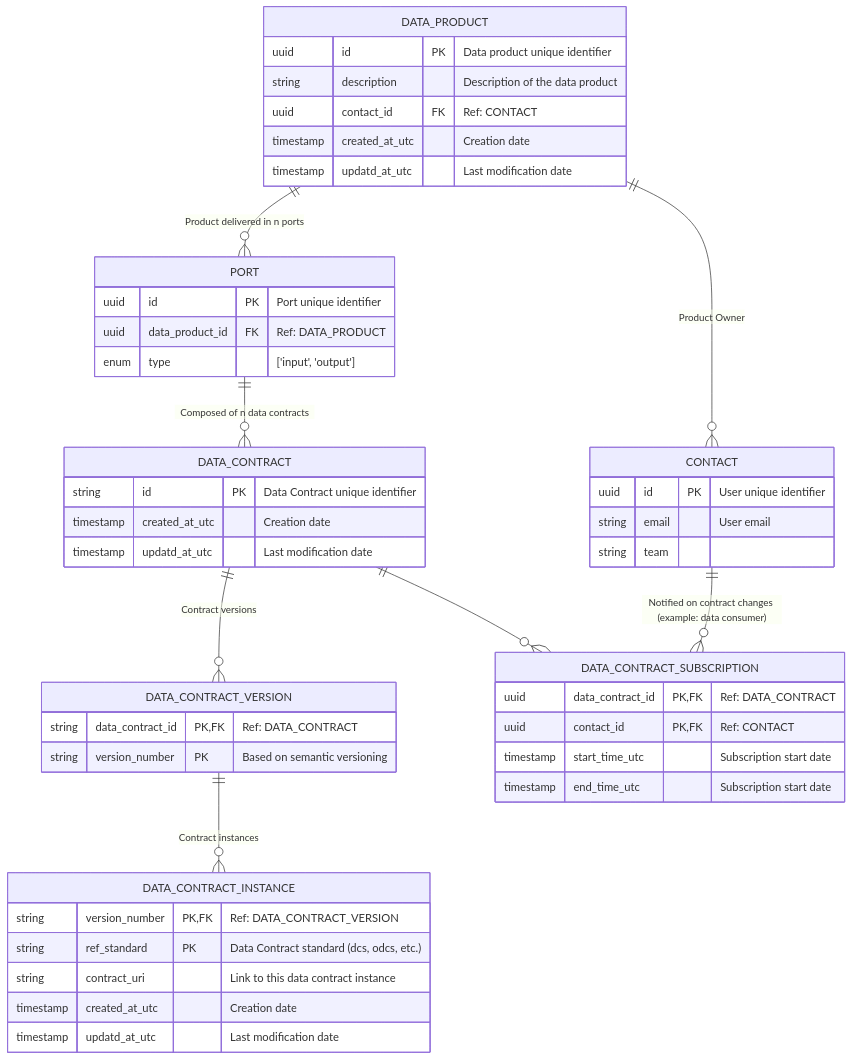
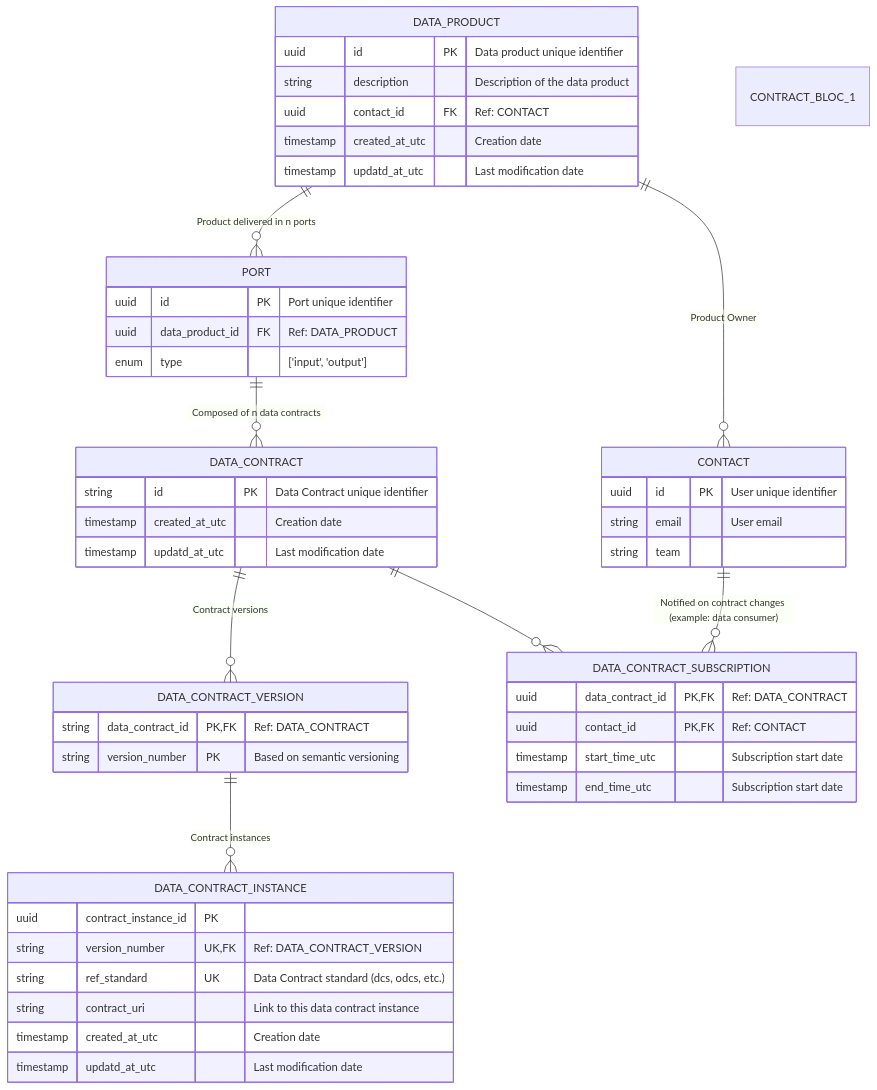
The diagram in docs/relational_model.md (monmaya/base-impl), drawn with Mermaid before and after one commit.

````diff
--- a/docs/relational_model.md
+++ b/docs/relational_model.md
@@ -5,62 +5,67 @@
 ```mermaid
 
 erDiagram
 
     DATA_PRODUCT {
         uuid id PK "Data product unique identifier"
         string description "Description of the data product"
         uuid contact_id FK "Ref: CONTACT"
         timestamp created_at_utc "Creation date"
         timestamp updatd_at_utc "Last modification date"
     }
 
     PORT {
         uuid id PK "Port unique identifier"
         uuid data_product_id FK "Ref: DATA_PRODUCT"
         enum type "['input', 'output']"
         
     }
 
     DATA_CONTRACT {
         string id PK "Data Contract unique identifier"
         timestamp created_at_utc "Creation date"
         timestamp updatd_at_utc "Last modification date"
     }
 
     DATA_CONTRACT_VERSION {
         string data_contract_id PK, FK "Ref: DATA_CONTRACT"
         string version_number PK "Based on semantic versioning"
     }
 
     DATA_CONTRACT_INSTANCE {
-        string version_number PK, FK "Ref: DATA_CONTRACT_VERSION"
-        string ref_standard PK "Data Contract standard (dcs, odcs, etc.)"
+        uuid contract_instance_id PK
+        string version_number UK, FK "Ref: DATA_CONTRACT_VERSION"
+        string ref_standard UK "Data Contract standard (dcs, odcs, etc.)"
         string contract_uri "Link to this data contract instance"
         timestamp created_at_utc "Creation date"
         timestamp updatd_at_utc "Last modification date"
     }
     
     DATA_CONTRACT_SUBSCRIPTION {
         uuid data_contract_id PK, FK "Ref: DATA_CONTRACT"
         uuid contact_id PK, FK "Ref: CONTACT"
         timestamp start_time_utc "Subscription start date"
         timestamp end_time_utc "Subscription start date"
     }
 
     CONTACT {
         uuid id PK "User unique identifier"
         string email "User email"
         string team
     }
 
+    CONTRACT_BLOC_1 {
+    
+    }
+
 
     DATA_PRODUCT ||--o{ PORT : "Product delivered in n ports"
     DATA_PRODUCT ||--o{ CONTACT : "Product Owner"
     PORT ||--o{ DATA_CONTRACT : "Composed of n data contracts"
     DATA_CONTRACT ||--o{ DATA_CONTRACT_VERSION : "Contract versions"
     DATA_CONTRACT_VERSION ||--o{ DATA_CONTRACT_INSTANCE : "Contract instances"
     DATA_CONTRACT ||--o{ DATA_CONTRACT_SUBSCRIPTION : ""
     CONTACT ||--o{ DATA_CONTRACT_SUBSCRIPTION : "Notified on contract changes (example: data consumer)"
 
 
   ```
````
